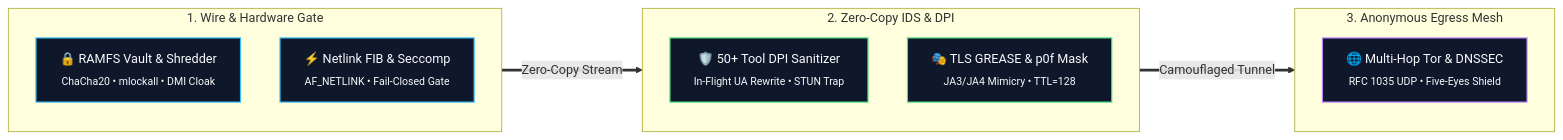
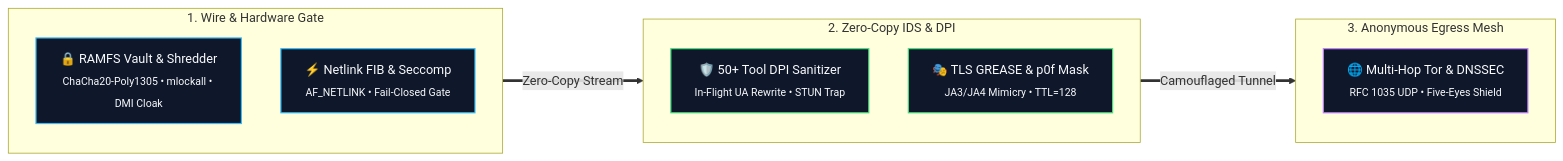
One commit to ByGh00st/wraith changed the diagram in README.md. Above: the diagram before and after it, drawn with Mermaid. The commit also changed other lines of this file and 26 other files, not shown here.

Commit message:
release: v1.1.0 - major architectural remediation & high-assurance engine overhaul

````diff
--- a/README.md
+++ b/README.md
@@ -36,23 +62,23 @@
 ```mermaid
 graph LR
     classDef kBox fill:#0f172a,stroke:#38bdf8,stroke-width:1.5px,color:#f8fafc;
     classDef gBox fill:#0f172a,stroke:#4ade80,stroke-width:1.5px,color:#f8fafc;
     classDef tBox fill:#0f172a,stroke:#c084fc,stroke-width:1.5px,color:#f8fafc;
 
     subgraph G1["1. Wire & Hardware Gate"]
-        L0["🔒 RAMFS Vault & Shredder<br/><sub>ChaCha20 • mlockall • DMI Cloak</sub>"]:::kBox
+        L0["🔒 RAMFS Vault & Shredder<br/><sub>ChaCha20-Poly1305 • mlockall • DMI Cloak</sub>"]:::kBox
         L1["⚡ Netlink FIB & Seccomp<br/><sub>AF_NETLINK • Fail-Closed Gate</sub>"]:::kBox
     end
 
     subgraph G2["2. Zero-Copy IDS & DPI"]
         L2["🛡️ 50+ Tool DPI Sanitizer<br/><sub>In-Flight UA Rewrite • STUN Trap</sub>"]:::gBox
         L3["🎭 TLS GREASE & p0f Mask<br/><sub>JA3/JA4 Mimicry • TTL=128</sub>"]:::gBox
     end
 
     subgraph G3["3. Anonymous Egress Mesh"]
         L4["🌐 Multi-Hop Tor & DNSSEC<br/><sub>RFC 1035 UDP • Five-Eyes Shield</sub>"]:::tBox
     end
 
     G1 ==>|Zero-Copy Stream| G2
     G2 ==>|Camouflaged Tunnel| G3
 ```
````
